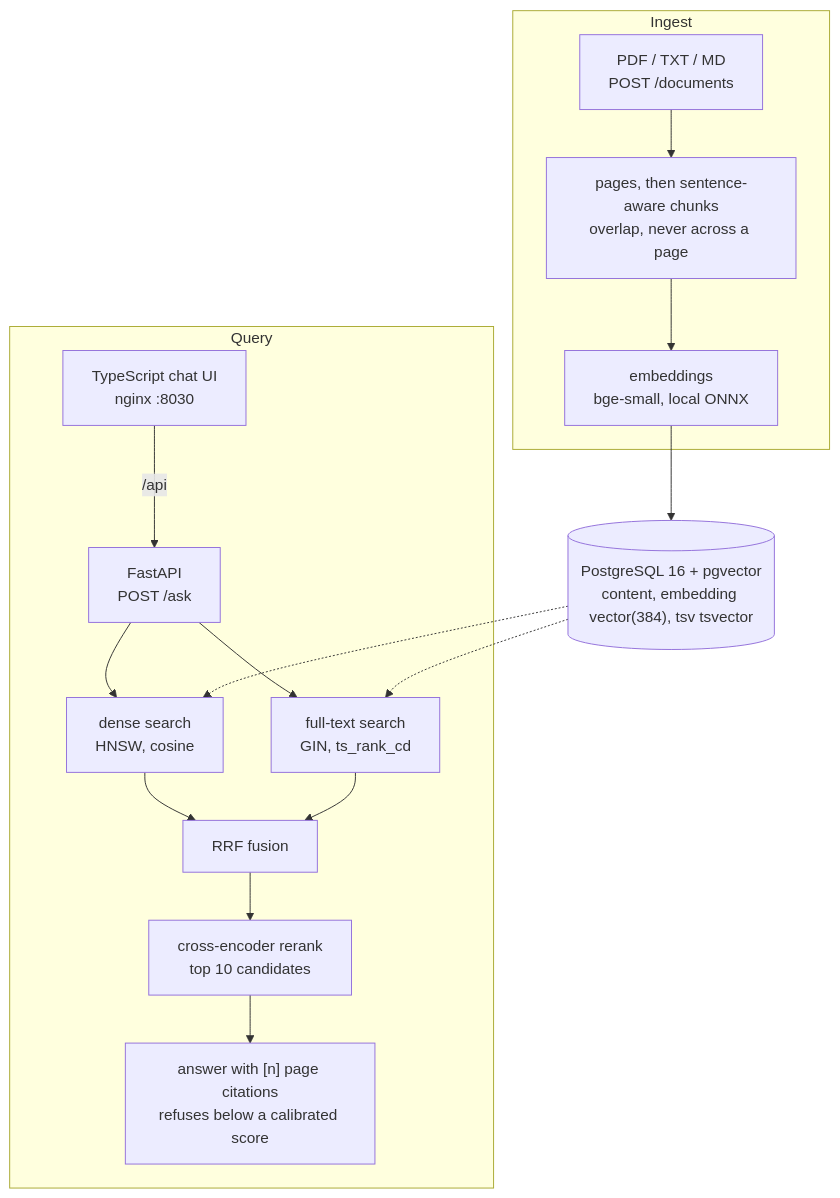
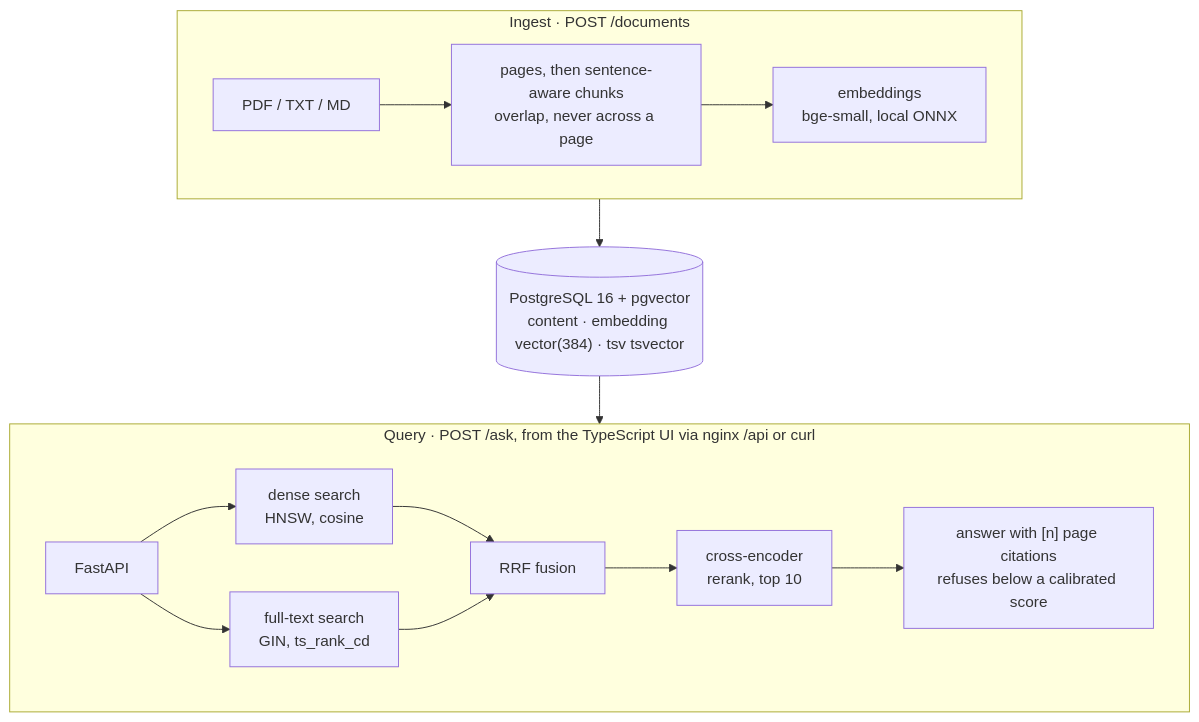
The diagram in README.md (Darlinglove002/synthlayer-rag-core), drawn with Mermaid before and after one commit.

Commit message:
docs: make the architecture diagram compact
Mermaid 12.3.0, the version GitHub's renderer bundles, laid the first diagram out as a single narrow column (418x1455 px in the RAG core, 557x1262 px in the aggregator). Each pipeline now sits on one row: 884x660 px and 884x263 px. Same nodes, same text.

````diff
--- a/README.md
+++ b/README.md
@@ -5,22 +5,23 @@
 ```mermaid
 flowchart TB
-    subgraph ingest["Ingest"]
-        F["PDF / TXT / MD<br/>POST /documents"] --> C["pages, then sentence-aware chunks<br/>overlap, never across a page"]
+    subgraph ingest["Ingest · POST /documents"]
+        direction LR
+        F["PDF / TXT / MD"] --> C["pages, then sentence-aware chunks<br/>overlap, never across a page"]
         C --> E["embeddings<br/>bge-small, local ONNX"]
     end
 
-    E --> DB[("PostgreSQL 16 + pgvector<br/>content, embedding vector(384), tsv tsvector")]
+    DB[("PostgreSQL 16 + pgvector<br/>content · embedding vector(384) · tsv tsvector")]
 
-    subgraph query["Query"]
-        UI["TypeScript chat UI<br/>nginx :8030"] -- "/api" --> API["FastAPI<br/>POST /ask"]
-        API --> D["dense search<br/>HNSW, cosine"]
+    subgraph query["Query · POST /ask, from the TypeScript UI via nginx /api or curl"]
+        direction LR
+        API["FastAPI"] --> D["dense search<br/>HNSW, cosine"]
         API --> L["full-text search<br/>GIN, ts_rank_cd"]
         D --> R["RRF fusion"]
         L --> R
-        R --> X["cross-encoder rerank<br/>top 10 candidates"]
+        R --> X["cross-encoder<br/>rerank, top 10"]
         X --> A["answer with [n] page citations<br/>refuses below a calibrated score"]
     end
 
-    DB -.-> D
-    DB -.-> L
+    ingest --> DB
+    DB --> query
 ```
````
